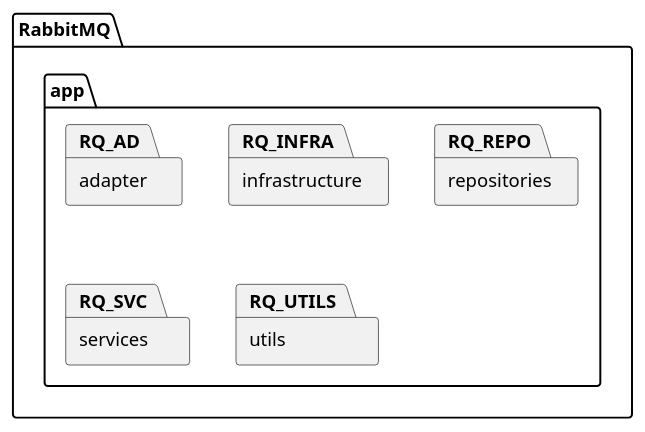
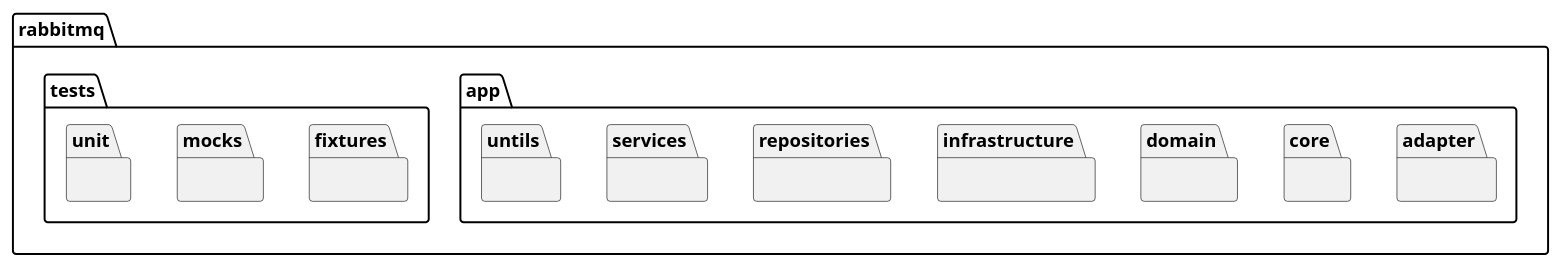
One commit to walle45611/NTUB_SecuManag_Diagram changed the diagram in plantUML/package/rabbitmq.puml. Above: the diagram before and after it, drawn with PlantUML. The commit also changed 3 other files, not shown here.

Commit message:
feat: 更新後端、RabbitMQ 和 Scheduler 模組的包結構，刪除監控模組的 PlantUML 文件

```diff
--- a/plantUML/package/rabbitmq.puml
+++ b/plantUML/package/rabbitmq.puml
@@ -1,11 +1,20 @@
-@startuml rabbitmq-package
-package "RabbitMQ" as RQ {
-  package "app" as RQ_APP {
-    package "adapter" as RQ_AD
-    package "infrastructure" as RQ_INFRA
-    package "repositories" as RQ_REPO
-    package "services" as RQ_SVC
-    package "utils" as RQ_UTILS
+@startuml
+' Package diagram for rabbitmq/ directory (up to two levels)
+package "rabbitmq" {
+  package "app" {
+    package "adapter" {}
+    package "core" {}
+    package "domain" {}
+    package "infrastructure" {}
+    package "repositories" {}
+    package "services" {}
+    package "untils" {}
+  }
+
+  package "tests" {
+    package "fixtures" {}
+    package "mocks" {}
+    package "unit" {}
   }
 }
 @enduml
```
